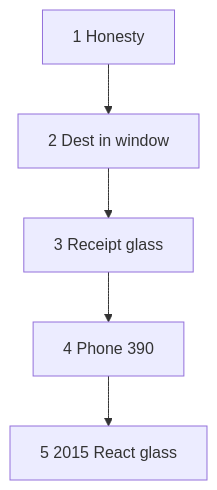
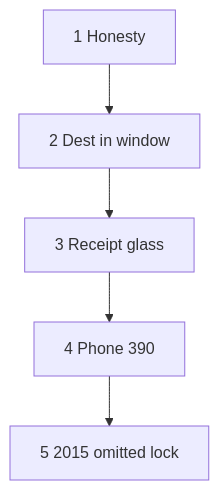
Before and after one commit to sourabhligade/internet-through-time: the diagram in docs/MUSEUM-GRADE-UX-PHASES.md, drawn with Mermaid. The commit also changed other lines of this file and 273 other files, not shown here.

````diff
--- a/docs/MUSEUM-GRADE-UX-PHASES.md
+++ b/docs/MUSEUM-GRADE-UX-PHASES.md
@@ -13,7 +13,7 @@
 ```mermaid
 flowchart TD
   p1["1 Honesty"] --> p2["2 Dest in window"]
   p2 --> p3["3 Receipt glass"]
   p3 --> p4["4 Phone 390"]
-  p4 --> p5["5 2015 React glass"]
+  p4 --> p5["5 2015 omitted lock"]
 ```
````
